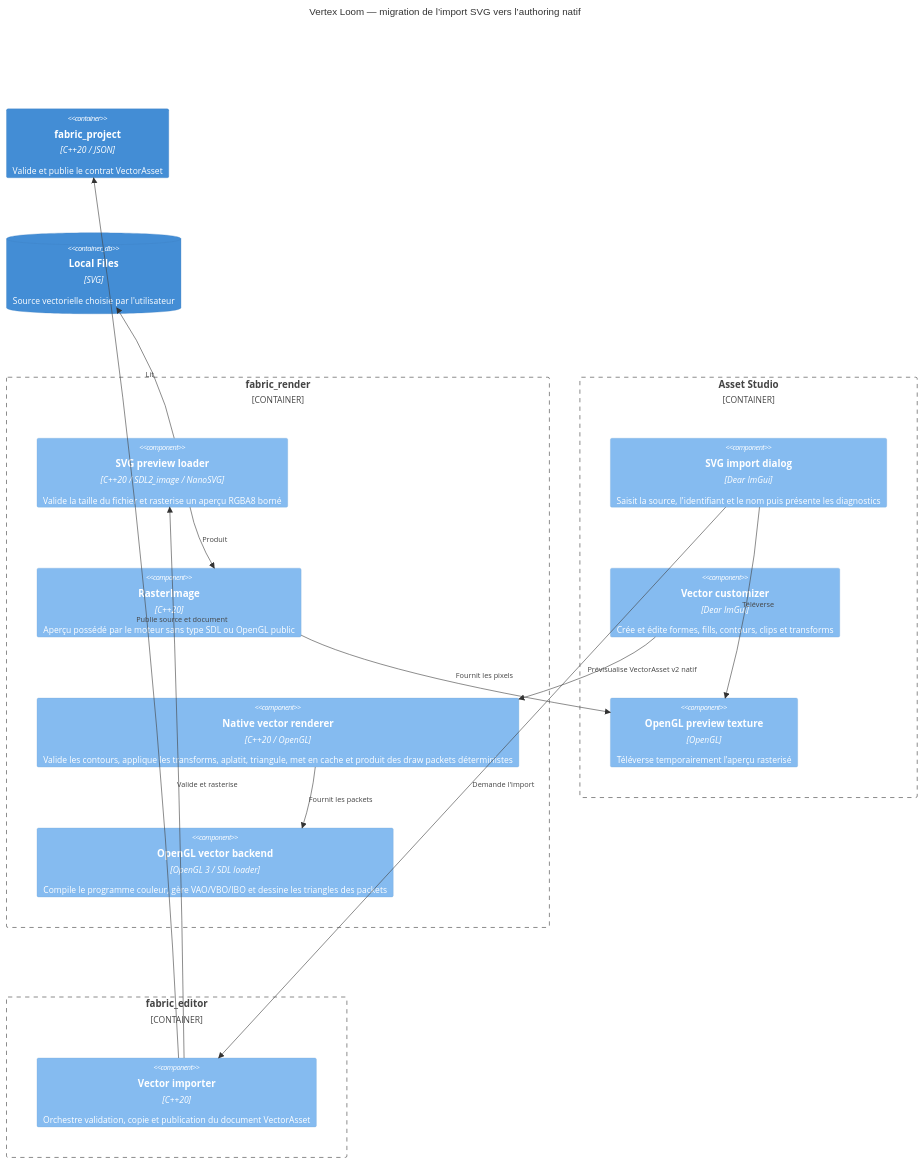
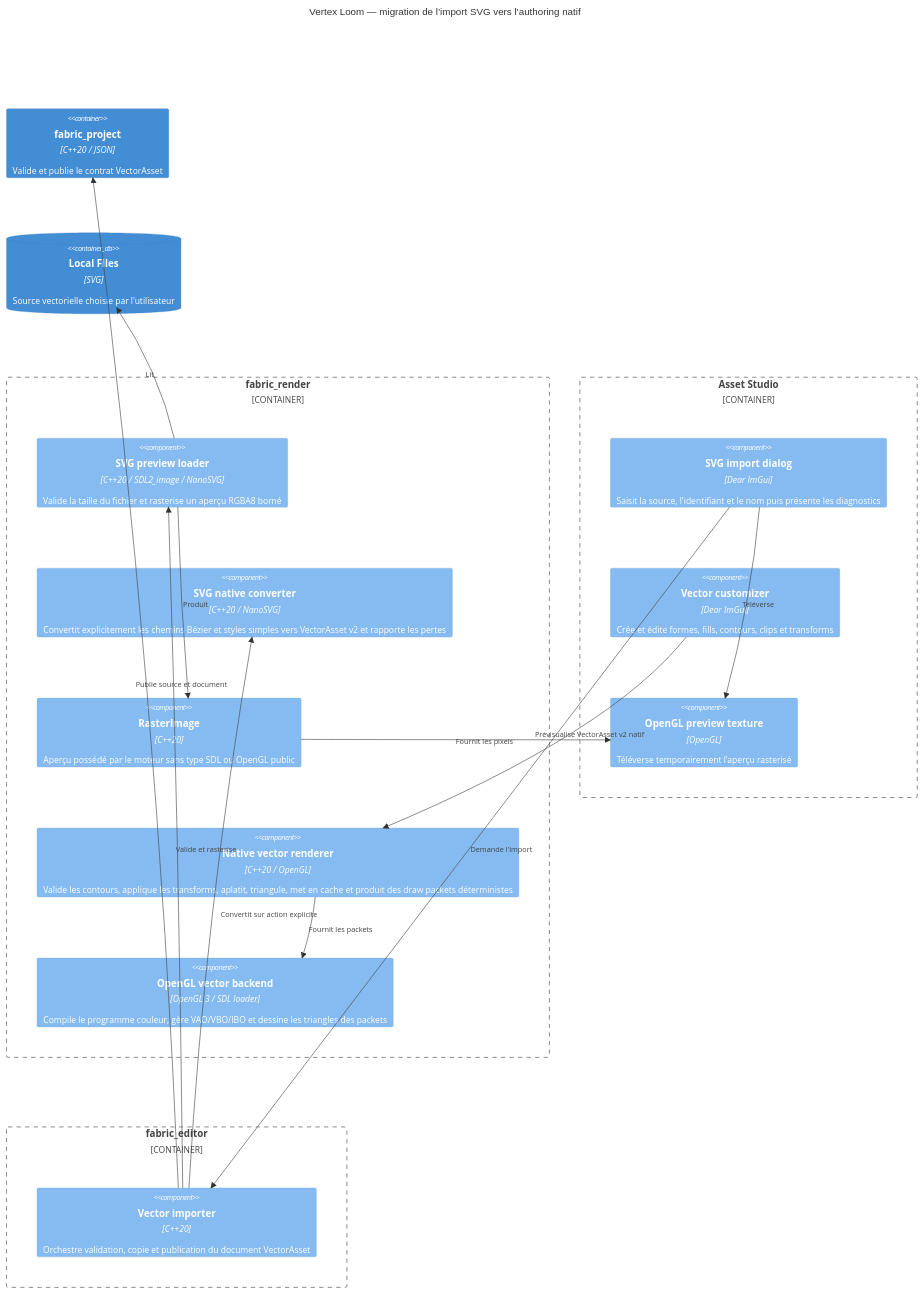
One commit to tristan-monticelli/vertex-loom changed the diagram in docs/architecture/components/vector-import.md. Above: the diagram before and after it, drawn with Mermaid. The commit also changed other lines of this file and 8 other files, not shown here.

Commit message:
feat(vector): convert supported SVG paths to native geometry

````diff
--- a/docs/architecture/components/vector-import.md
+++ b/docs/architecture/components/vector-import.md
@@ -3,29 +3,31 @@
 ```mermaid
 C4Component
     title Vertex Loom — migration de l’import SVG vers l’authoring natif
     Container_Boundary(render, "fabric_render") {
         Component(loader, "SVG preview loader", "C++20 / SDL2_image / NanoSVG", "Valide la taille du fichier et rasterise un aperçu RGBA8 borné")
+        Component(converter, "SVG native converter", "C++20 / NanoSVG", "Convertit explicitement les chemins Bézier et styles simples vers VectorAsset v2 et rapporte les pertes")
         Component(image, "RasterImage", "C++20", "Aperçu possédé par le moteur sans type SDL ou OpenGL public")
         Component(geometry, "Native vector renderer", "C++20 / OpenGL", "Valide les contours, applique les transforms, aplatit, triangule, met en cache et produit des draw packets déterministes")
         Component(gl_renderer, "OpenGL vector backend", "OpenGL 3 / SDL loader", "Compile le programme couleur, gère VAO/VBO/IBO et dessine les triangles des packets")
     }
     Container_Boundary(asset, "Asset Studio") {
         Component(import_ui, "SVG import dialog", "Dear ImGui", "Saisit la source, l'identifiant et le nom puis présente les diagnostics")
         Component(customizer, "Vector customizer", "Dear ImGui", "Crée et édite formes, fills, contours, clips et transforms")
         Component(gpu_preview, "OpenGL preview texture", "OpenGL", "Téléverse temporairement l'aperçu rasterisé")
     }
     Container_Boundary(editor, "fabric_editor") {
         Component(importer, "Vector importer", "C++20", "Orchestre validation, copie et publication du document VectorAsset")
     }
     Container(project, "fabric_project", "C++20 / JSON", "Valide et publie le contrat VectorAsset")
     ContainerDb(files, "Local Files", "SVG", "Source vectorielle choisie par l'utilisateur")
     Rel(import_ui, importer, "Demande l'import")
     Rel(importer, loader, "Valide et rasterise")
+    Rel(importer, converter, "Convertit sur action explicite")
     Rel(importer, project, "Publie source et document")
     Rel(loader, files, "Lit")
     Rel(loader, image, "Produit")
     Rel(import_ui, gpu_preview, "Téléverse")
     Rel(image, gpu_preview, "Fournit les pixels")
     Rel(customizer, geometry, "Prévisualise VectorAsset v2 natif")
     Rel(geometry, gl_renderer, "Fournit les packets")
 ```
````
